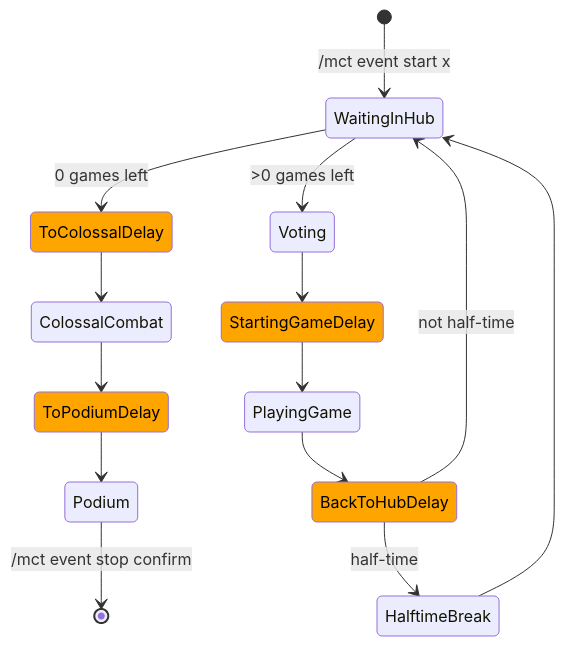
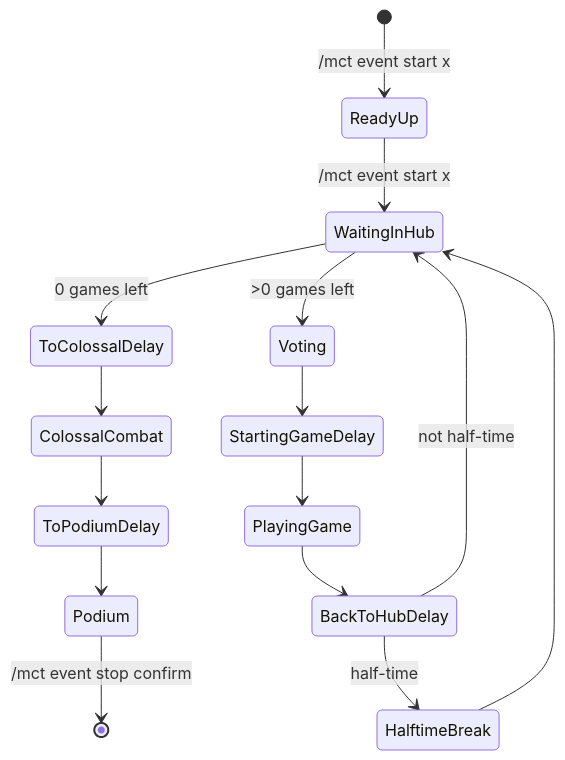
The diagram in docs/Usage/events/events.md (Braekpo1nt/mctmanager-docs), drawn with Mermaid before and after one commit. The commit also changed other lines of this file and 4 other files, not shown here.

Commit message:
added to mct-event

````diff
--- a/docs/Usage/events/events.md
+++ b/docs/Usage/events/events.md
@@ -7,22 +7,21 @@
 ```mermaid
 stateDiagram
 direction TB
 classDef delay fill:orange,color:black
 
-[*] --> WaitingInHub: /mct event start x
+[*] --> ReadyUp: /mct event start x
+ReadyUp --> WaitingInHub: /mct event start x
 WaitingInHub --> ToColossalDelay: 0 games left
 ToColossalDelay--> ColossalCombat
 ColossalCombat --> ToPodiumDelay
 ToPodiumDelay --> Podium
 Podium --> [*]: /mct event stop confirm
 
 WaitingInHub --> Voting: >0 games left
 Voting --> StartingGameDelay
 StartingGameDelay --> PlayingGame
 PlayingGame --> BackToHubDelay
 BackToHubDelay --> WaitingInHub: not half-time
 BackToHubDelay --> HalftimeBreak: half-time
 HalftimeBreak --> WaitingInHub
-
-class ToColossalDelay, ToPodiumDelay, StartingGameDelay, BackToHubDelay delay
 ```
````
